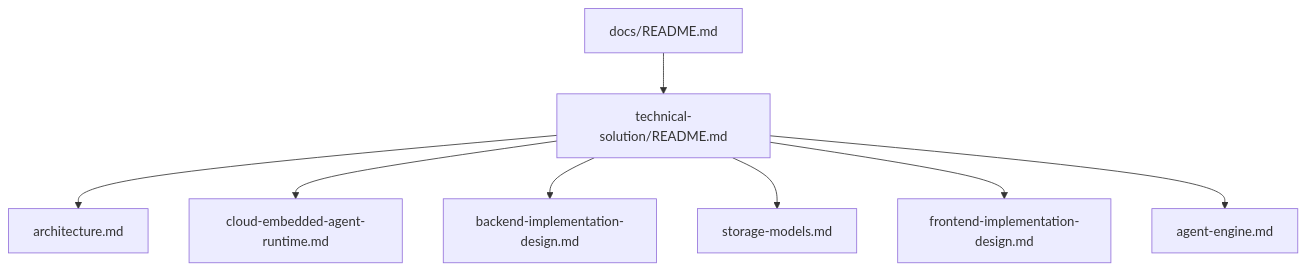
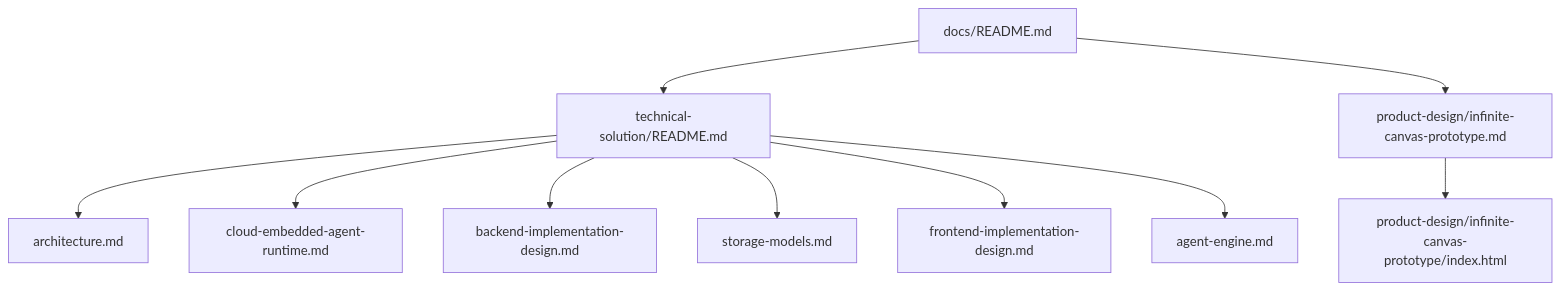
Before and after one commit to fengwk/kk-studio: the diagram in docs/README.md, drawn with Mermaid. The commit also changed other lines of this file and 4 other files, not shown here.

Commit message:
docs: add infinite canvas interactive prototype

````diff
--- a/docs/README.md
+++ b/docs/README.md
@@ -7,11 +7,13 @@
 ```mermaid
 flowchart TD
     A[docs/README.md]
     A --> B[technical-solution/README.md]
+    A --> I[product-design/infinite-canvas-prototype.md]
+    I --> J[product-design/infinite-canvas-prototype/index.html]
     B --> C[architecture.md]
     B --> D[cloud-embedded-agent-runtime.md]
     B --> E[backend-implementation-design.md]
     B --> F[storage-models.md]
     B --> G[frontend-implementation-design.md]
     B --> H[agent-engine.md]
 ```
````
